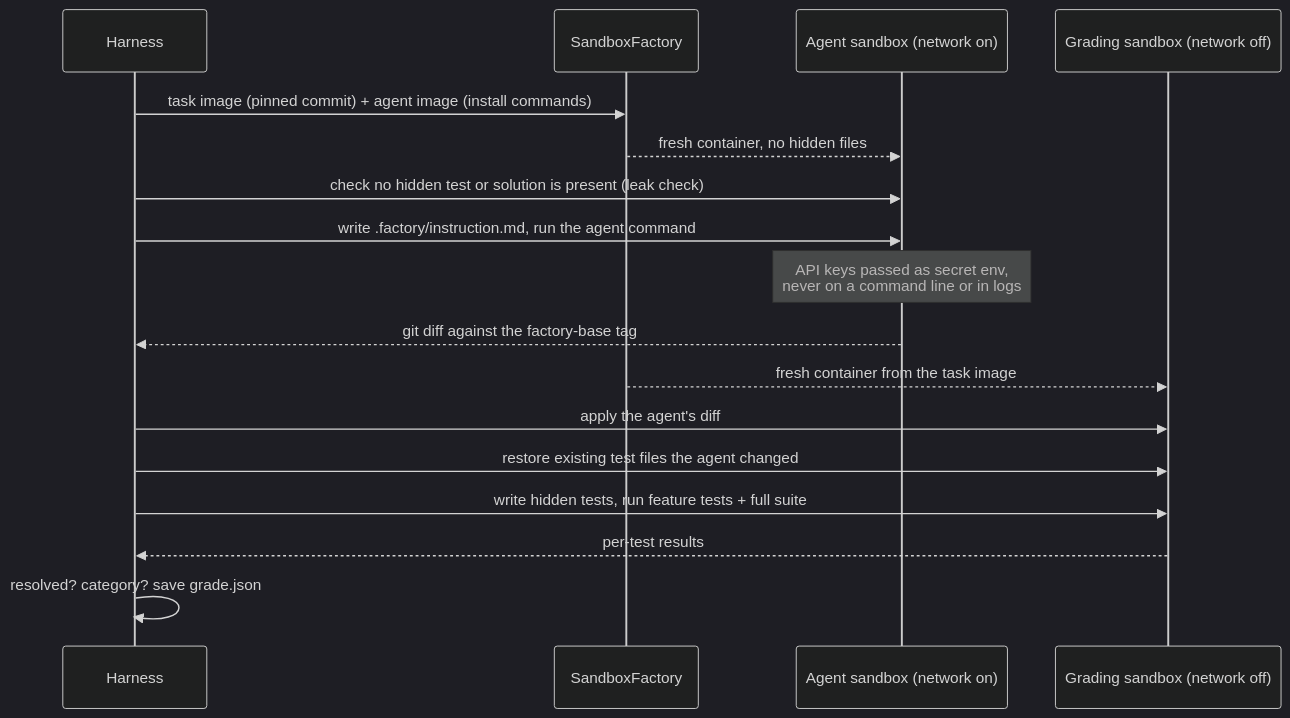
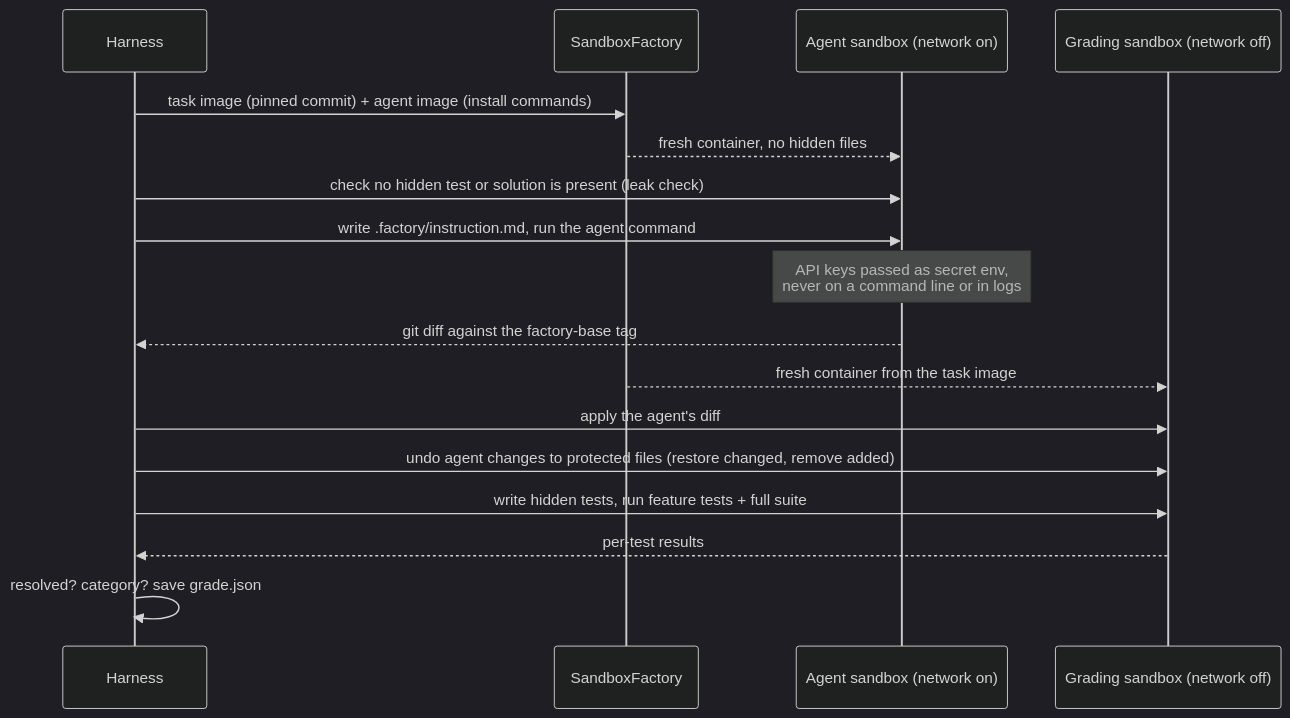
One commit to sreenivasivbieb/task-factory changed diagram 11 of 14 in docs/design.md. Above: the diagram before and after it, drawn with Mermaid (dark theme). The commit also changed other lines of this file and 27 other files, not shown here.

````diff
--- a/docs/design.md
+++ b/docs/design.md
@@ -686,19 +727,19 @@
 ```mermaid
 sequenceDiagram
     participant H as Harness
     participant F as SandboxFactory
     participant A as Agent sandbox (network on)
     participant G as Grading sandbox (network off)
     H->>F: task image (pinned commit) + agent image (install commands)
     F-->>A: fresh container, no hidden files
     H->>A: check no hidden test or solution is present (leak check)
     H->>A: write .factory/instruction.md, run the agent command
     Note over A: API keys passed as secret env,<br/>never on a command line or in logs
     A-->>H: git diff against the factory-base tag
     F-->>G: fresh container from the task image
     H->>G: apply the agent's diff
-    H->>G: restore existing test files the agent changed
+    H->>G: undo agent changes to protected files (restore changed, remove added)
     H->>G: write hidden tests, run feature tests + full suite
     G-->>H: per-test results
     H->>H: resolved? category? save grade.json
 ```
````
